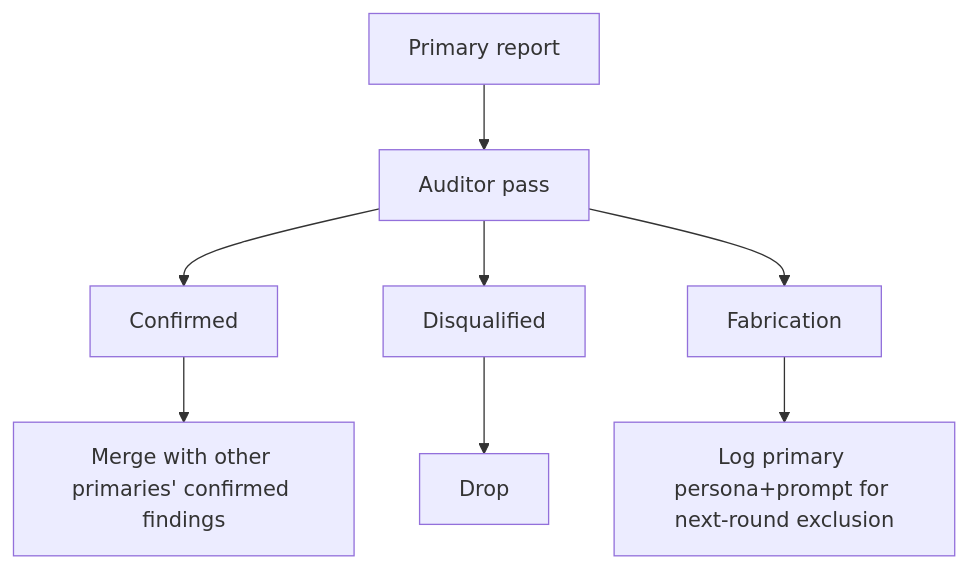
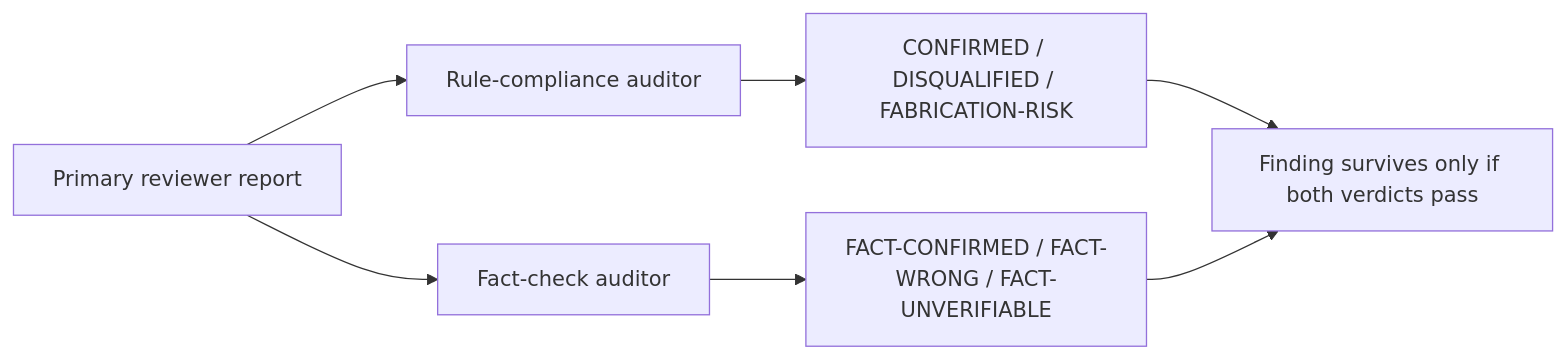
One commit to 1qh/lens changed the diagram in AUDIT.md. Above: the diagram before and after it, drawn with Mermaid. The commit also changed other lines of this file and 4 other files, not shown here.

Commit message:
fold fact-discipline: two-auditor pass, mandatory inline evidence, tool-use telemetry

````diff
--- a/AUDIT.md
+++ b/AUDIT.md
@@ -44,10 +5,9 @@
 ```mermaid
-flowchart TD
-    Report[Primary report] --> Audit[Auditor pass]
-    Audit --> Confirmed
-    Audit --> Disqualified
-    Audit --> Fabrication
-    Confirmed --> Merge[Merge with other primaries' confirmed findings]
-    Disqualified --> Drop
-    Fabrication --> RecurrenceLog[Log primary persona+prompt for next-round exclusion]
+flowchart LR
+    Primary[Primary reviewer report] --> A1[Rule-compliance auditor]
+    Primary --> A2[Fact-check auditor]
+    A1 --> Verdict1[CONFIRMED / DISQUALIFIED / FABRICATION-RISK]
+    A2 --> Verdict2[FACT-CONFIRMED / FACT-WRONG / FACT-UNVERIFIABLE]
+    Verdict1 --> Merge[Finding survives only if both verdicts pass]
+    Verdict2 --> Merge
 ```
````
